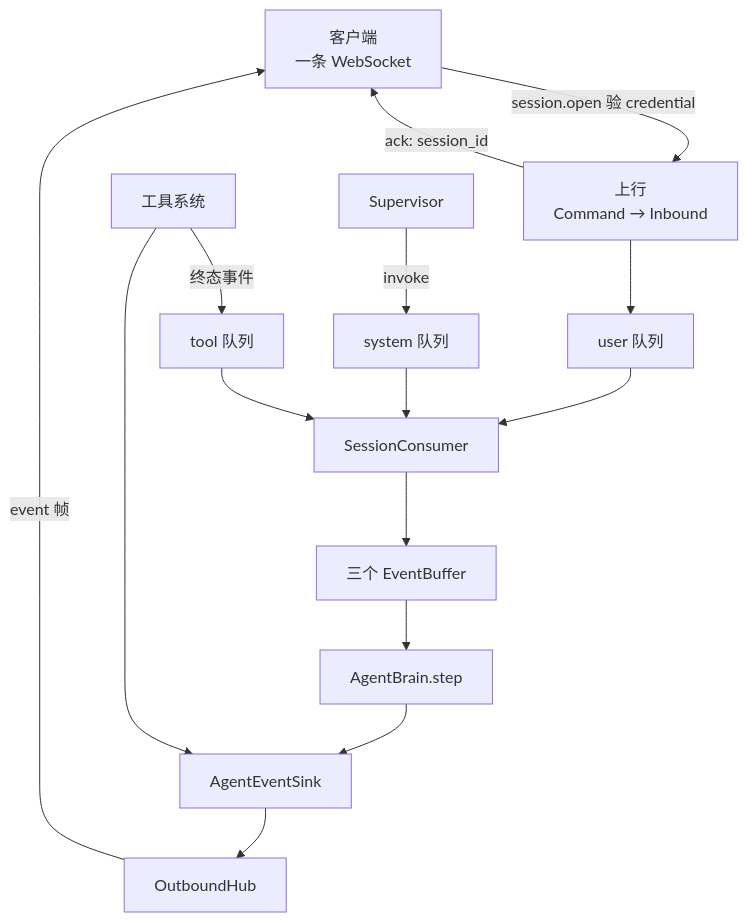
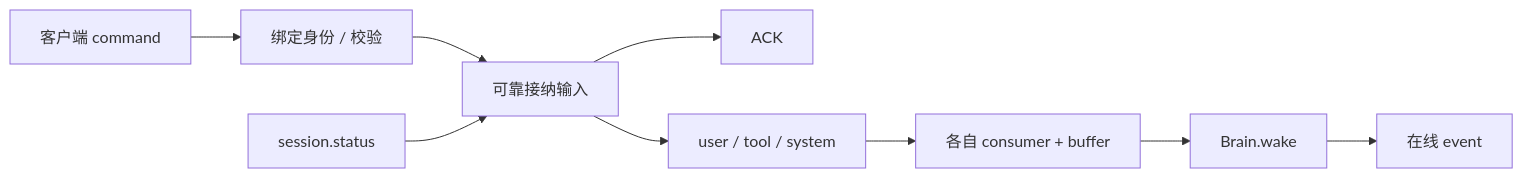
Before and after one commit to HymioSpace/Oath: the diagram in spec/feature-event-runtime.md, drawn with Mermaid. The commit also changed other lines of this file and 62 other files, not shown here.

````diff
--- a/spec/feature-event-runtime.md
+++ b/spec/feature-event-runtime.md
@@ -36,16 +9,11 @@
 ```mermaid
-flowchart TD
-    Client[客户端<br/>一条 WebSocket] -->|session.open 验 credential| Ws[上行<br/>Command → Inbound]
-    Ws -->|ack: session_id| Client
-    Ws --> QUser[user 队列]
-    Tools[工具系统] -->|终态事件| QTool[tool 队列]
-    Super[Supervisor] -->|invoke| QSystem[system 队列]
-    QUser & QTool & QSystem --> C[SessionConsumer]
-    C --> Buffer[三个 EventBuffer]
-    Buffer --> Brain[AgentBrain.step]
-
-    Brain --> Sink[AgentEventSink]
-    Tools --> Sink
-    Sink --> Hub[OutboundHub]
-    Hub -->|event 帧| Client
+flowchart LR
+    WS[客户端 command] --> Auth[绑定身份 / 校验]
+    Auth --> Store[可靠接纳输入]
+    Store --> ACK[ACK]
+    Store --> Queue[user / tool / system]
+    Queue --> Consumer[各自 consumer + buffer]
+    Consumer --> Brain[Brain.wake]
+    Brain --> UI[在线 event]
+    Query[session.status] --> Store
 ```
````
